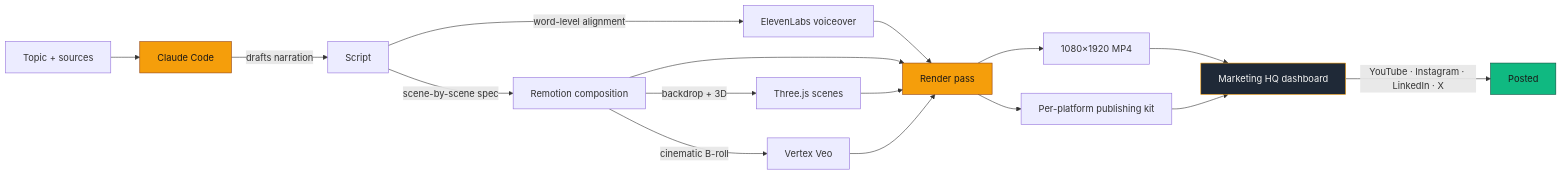
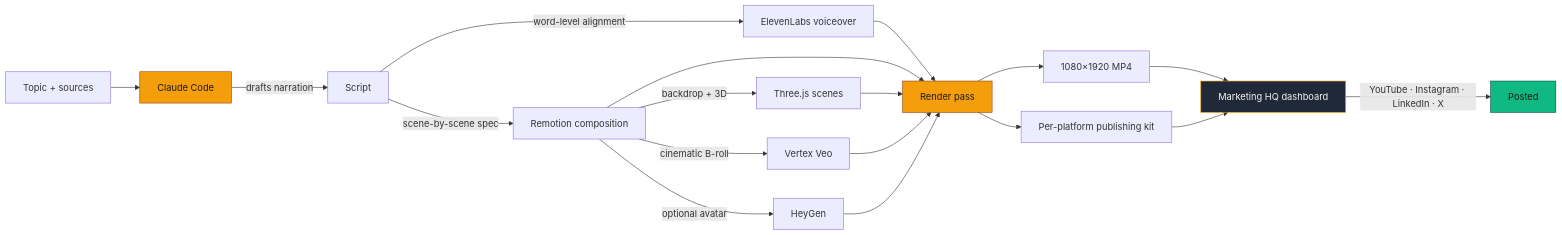
The diagram in README.md (Khizergenfox/ai-shorts-pipeline), drawn with Mermaid before and after one commit. The commit also changed other lines of this file and 3 other files, not shown here.

Commit message:
v0.1.1 — clarify positioning (consistency for busy operators) + document HeyGen avatar layer

````diff
--- a/README.md
+++ b/README.md
@@ -24,23 +49,25 @@
 ```mermaid
 flowchart LR
     A[Topic + sources] --> B[Claude Code]
     B -->|drafts narration| C[Script]
     C -->|word-level alignment| D[ElevenLabs voiceover]
     C -->|scene-by-scene spec| E[Remotion composition]
     E -->|backdrop + 3D| F[Three.js scenes]
     E -->|cinematic B-roll| G[Vertex Veo]
-    D --> H[Render pass]
-    E --> H
-    F --> H
-    G --> H
-    H --> I[1080×1920 MP4]
-    H --> J[Per-platform publishing kit]
-    I --> K[Marketing HQ dashboard]
-    J --> K
-    K -->|YouTube · Instagram · LinkedIn · X| L[Posted]
+    E -->|optional avatar| H[HeyGen]
+    D --> I[Render pass]
+    E --> I
+    F --> I
+    G --> I
+    H --> I
+    I --> J[1080×1920 MP4]
+    I --> K[Per-platform publishing kit]
+    J --> L[Marketing HQ dashboard]
+    K --> L
+    L -->|YouTube · Instagram · LinkedIn · X| M[Posted]
 
     style B fill:#f59e0b,stroke:#92400e,color:#1c1917
-    style H fill:#f59e0b,stroke:#92400e,color:#1c1917
-    style K fill:#1f2937,stroke:#f59e0b,color:#f5f5f4
-    style L fill:#10b981,stroke:#064e3b,color:#1c1917
+    style I fill:#f59e0b,stroke:#92400e,color:#1c1917
+    style L fill:#1f2937,stroke:#f59e0b,color:#f5f5f4
+    style M fill:#10b981,stroke:#064e3b,color:#1c1917
 ```
````
